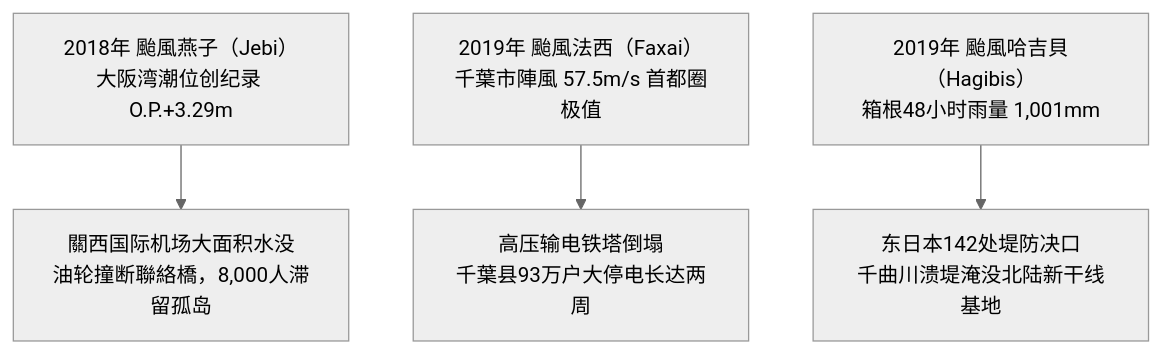
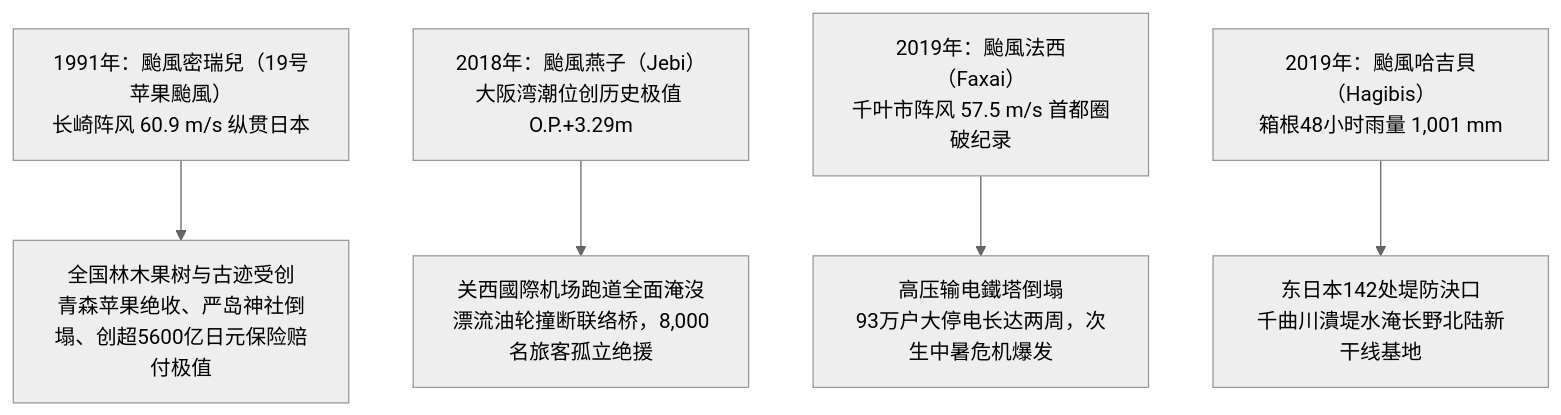
One commit to kenjinote/blog changed the eighth of 11 diagrams in content/post/typhoon-meteorology-mechanisms-historic-disasters-guide/index.zh-tw.md. Above: the diagram before and after it, drawn with Mermaid (neutral theme). The commit also changed other lines of this file and 11 other files, not shown here.

````diff
--- a/content/post/typhoon-meteorology-mechanisms-historic-disasters-guide/index.zh-tw.md
+++ b/content/post/typhoon-meteorology-mechanisms-historic-disasters-guide/index.zh-tw.md
@@ -161,6 +243,7 @@
 ```mermaid
 flowchart TD
-    J1["2018年 颱風燕子（Jebi）<br/>大阪湾潮位创纪录 O.P.+3.29m"] --> J2["關西国际机场大面积水没<br/>油轮撞断聯絡橋，8,000人滞留孤岛"]
-    F1["2019年 颱風法西（Faxai）<br/>千葉市陣風 57.5m/s 首都圈极值"] --> F2["高压输电铁塔倒塌<br/>千葉县93万户大停电长达两周"]
-    H1["2019年 颱風哈吉貝（Hagibis）<br/>箱根48小时雨量 1,001mm"] --> H2["东日本142处堤防决口<br/>千曲川溃堤淹没北陆新干线基地"]
+    M1["1991年：颱風密瑞兒（19号苹果颱風）<br/>长崎阵风 60.9 m/s 纵贯日本"] --> M2["全国林木果树与古迹受创<br/>青森苹果绝收、严岛神社倒塌、创超5600亿日元保险赔付极值"]
+    J1["2018年：颱風燕子（Jebi）<br/>大阪湾潮位创历史极值 O.P.+3.29m"] --> J2["关西國際机场跑道全面淹沒<br/>漂流油轮撞断联络桥，8,000名旅客孤立绝援"]
+    F1["2019年：颱風法西（Faxai）<br/>千叶市阵风 57.5 m/s 首都圈破纪录"] --> F2["高压输电鐵塔倒塌<br/>93万户大停电长达两周，次生中暑危机爆发"]
+    H1["2019年：颱風哈吉貝（Hagibis）<br/>箱根48小时雨量 1,001 mm"] --> H2["东日本142处堤防決口<br/>千曲川潰堤水淹长野北陆新干线基地"]
 ```
````
